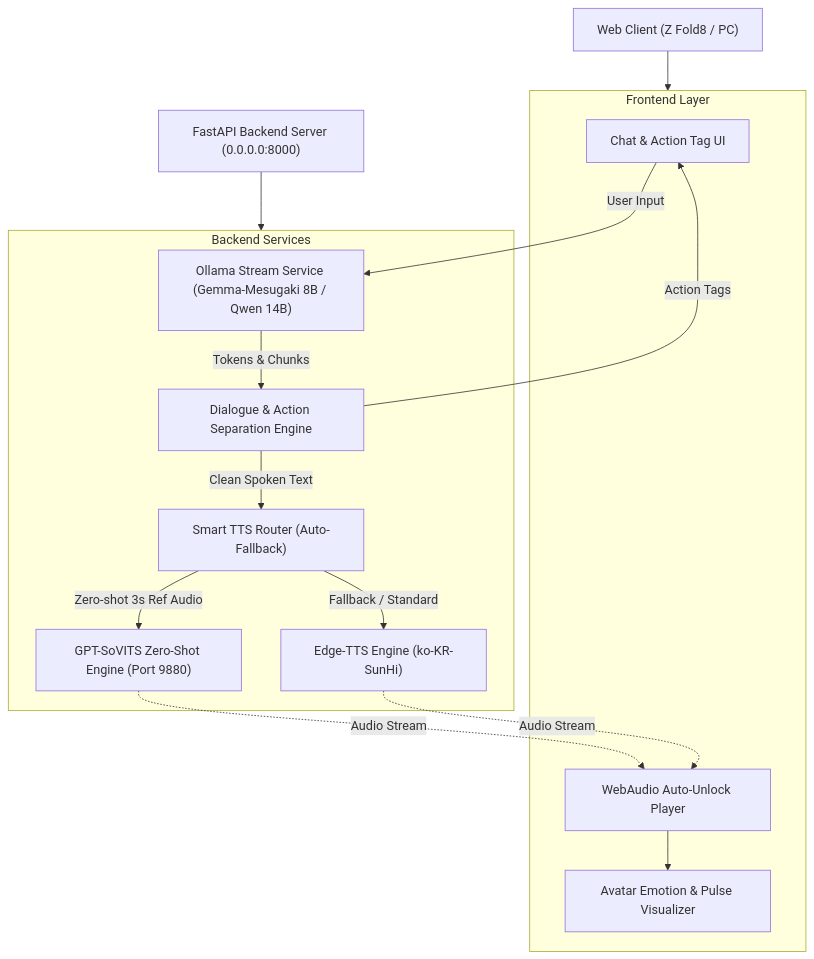
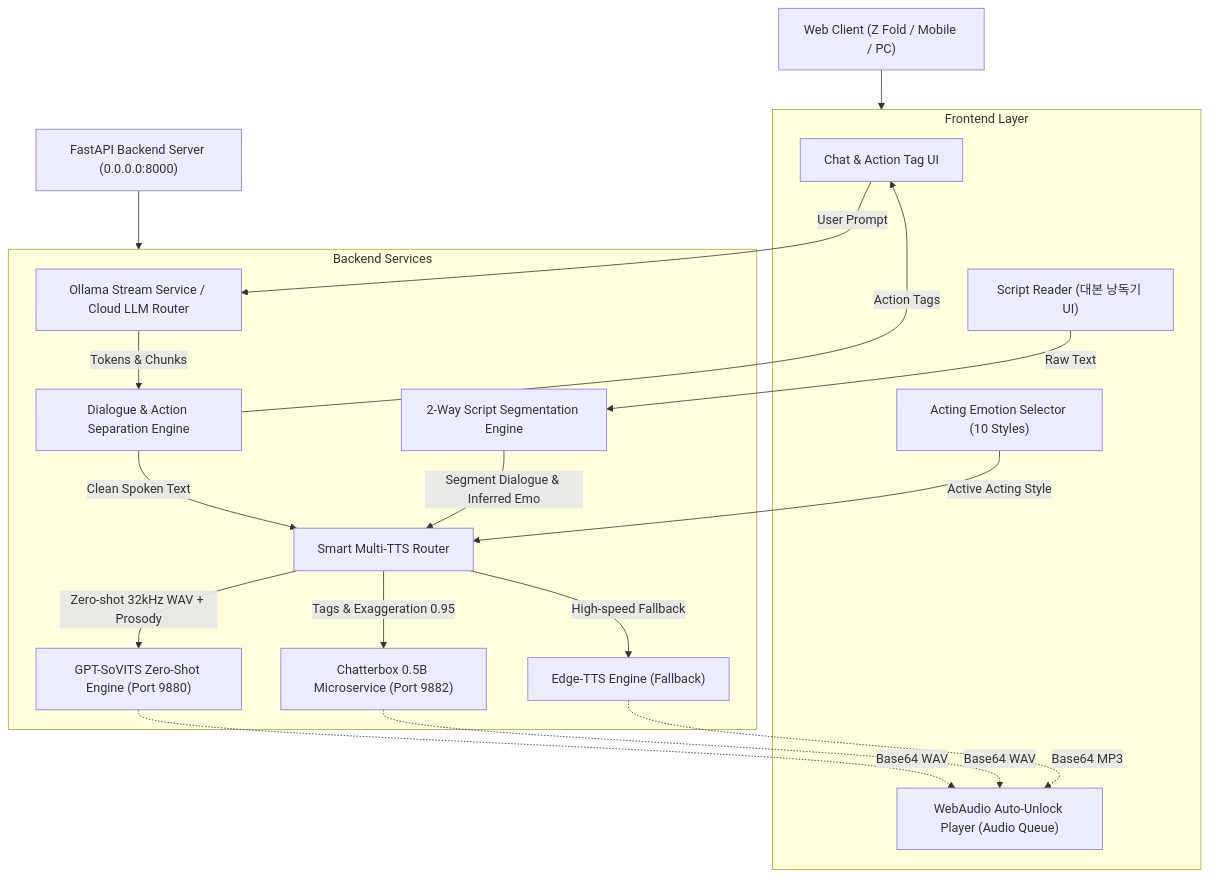
One commit to loverspath/project_buki changed the diagram in wiki/03_architecture/SYSTEM_DESIGN.md. Above: the diagram before and after it, drawn with Mermaid. The commit also changed other lines of this file and 5 other files, not shown here.

Commit message:
docs: Update README.md and LLM Wiki (DEV_LOG, ROADMAP, TASK_BACKLOG, SYSTEM_DESIGN, PROJECT_BIBLE) with today's milestones

````diff
--- a/wiki/03_architecture/SYSTEM_DESIGN.md
+++ b/wiki/03_architecture/SYSTEM_DESIGN.md
@@ -7,32 +7,42 @@
 ```mermaid
 graph TD
-    Client["Web Client (Z Fold8 / PC)"]
+    Client["Web Client (Z Fold / Mobile / PC)"]
     Server["FastAPI Backend Server (0.0.0.0:8000)"]
 
     subgraph FrontendComponents["Frontend Layer"]
-        UI["Chat & Action Tag UI"]
-        Audio["WebAudio Auto-Unlock Player"]
-        Avatar["Avatar Emotion & Pulse Visualizer"]
+        ChatUI["Chat & Action Tag UI"]
+        ScriptReader["Script Reader (대본 낭독기 UI)"]
+        EmotionSelector["Acting Emotion Selector (10 Styles)"]
+        AudioEngine["WebAudio Auto-Unlock Player (Audio Queue)"]
     end
 
     subgraph BackendServices["Backend Services"]
-        LLMService["Ollama Stream Service (Gemma-Mesugaki 8B / Qwen 14B)"]
+        LLMService["Ollama Stream Service / Cloud LLM Router"]
         Parser["Dialogue & Action Separation Engine"]
-        TTSManager["Smart TTS Router (Auto-Fallback)"]
+        ScriptParser["2-Way Script Segmentation Engine"]
+        TTSManager["Smart Multi-TTS Router"]
         GPTSoVITS["GPT-SoVITS Zero-Shot Engine (Port 9880)"]
-        EdgeTTS["Edge-TTS Engine (ko-KR-SunHi)"]
+        Chatterbox["Chatterbox 0.5B Microservice (Port 9882)"]
+        EdgeTTS["Edge-TTS Engine (Fallback)"]
     end
 
     Client --> FrontendComponents
     Server --> BackendServices
 
-    UI -->|User Input| LLMService
+    ChatUI -->|User Prompt| LLMService
+    ScriptReader -->|Raw Text| ScriptParser
+    EmotionSelector -->|Active Acting Style| TTSManager
+
     LLMService -->|Tokens & Chunks| Parser
-    Parser -->|Action Tags| UI
+    Parser -->|Action Tags| ChatUI
     Parser -->|Clean Spoken Text| TTSManager
-    TTSManager -->|Zero-shot 3s Ref Audio| GPTSoVITS
-    TTSManager -->|Fallback / Standard| EdgeTTS
-    GPTSoVITS -.->|Audio Stream| Audio
-    EdgeTTS -.->|Audio Stream| Audio
-    Audio --> Avatar
+    ScriptParser -->|Segment Dialogue & Inferred Emo| TTSManager
+
+    TTSManager -->|Zero-shot 32kHz WAV + Prosody| GPTSoVITS
+    TTSManager -->|Tags & Exaggeration 0.95| Chatterbox
+    TTSManager -->|High-speed Fallback| EdgeTTS
+
+    GPTSoVITS -.->|Base64 WAV| AudioEngine
+    Chatterbox -.->|Base64 WAV| AudioEngine
+    EdgeTTS -.->|Base64 MP3| AudioEngine
 ```
````
